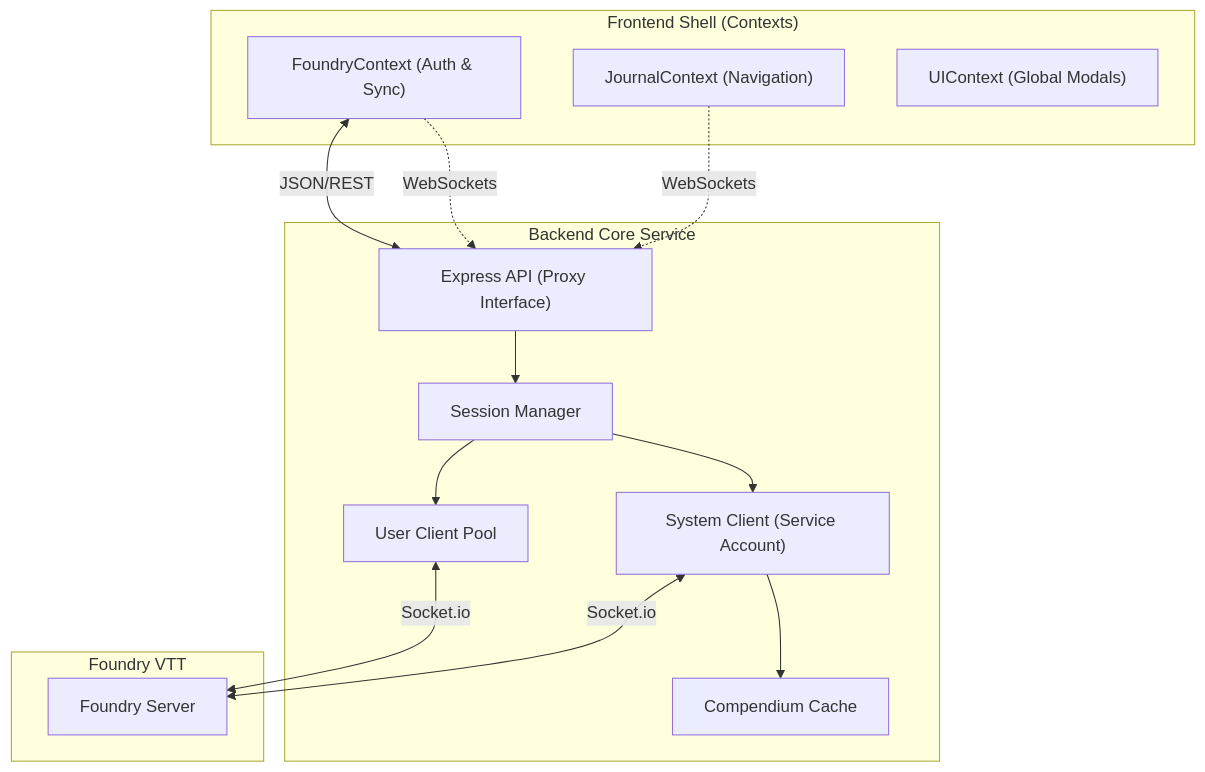
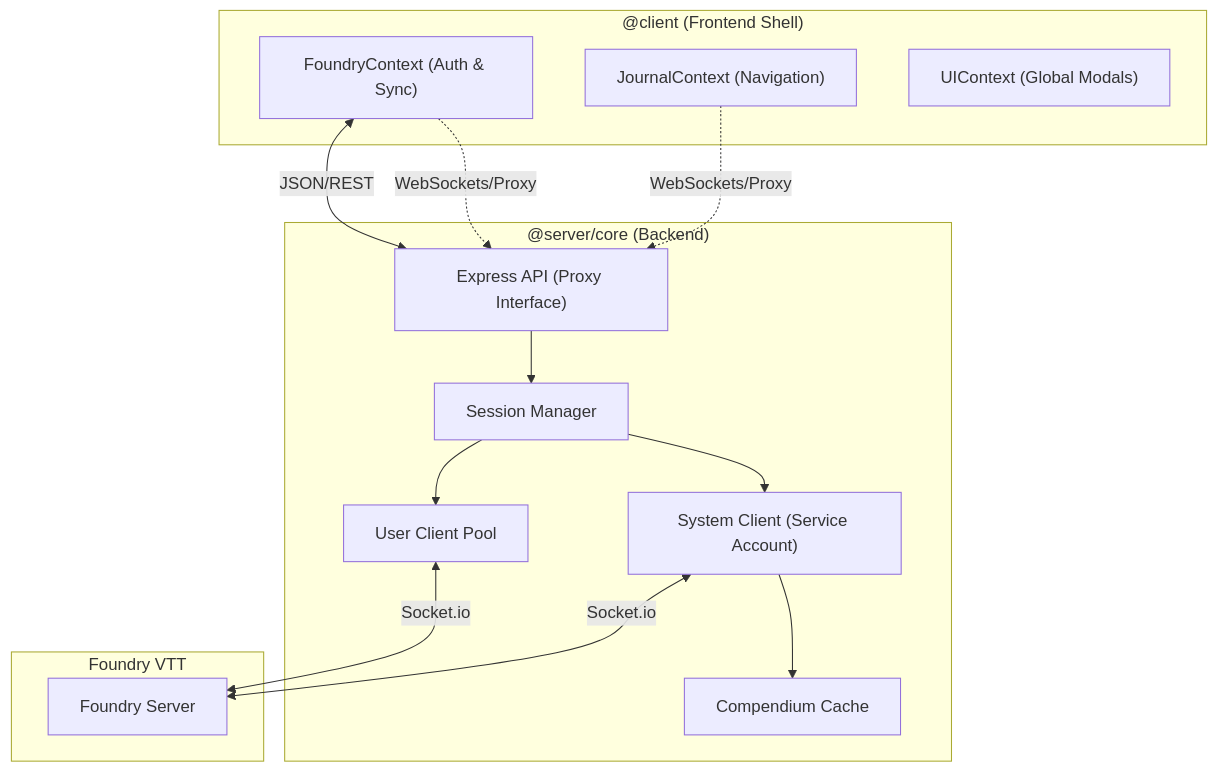
One commit to juvinious/sheet-delver changed the diagram in architecture.md. Above: the diagram before and after it, drawn with Mermaid. The commit also changed other lines of this file and 4247 other files, not shown here.

````diff
--- a/architecture.md
+++ b/architecture.md
@@ -17,31 +28,31 @@
 ```mermaid
 graph TD
-    subgraph "Backend Core Service"
+    subgraph "@server/core (Backend)"
         API["Express API (Proxy Interface)"]
         SM["Session Manager"]
         CACHE["Compendium Cache"]
         
         API --> SM
         SM --> SYS["System Client (Service Account)"]
         SM --> POOL["User Client Pool"]
         
         SYS --> CACHE
     end
 
-    subgraph "Frontend Shell (Contexts)"
+    subgraph "@client (Frontend Shell)"
         FC["FoundryContext (Auth & Sync)"]
         JC["JournalContext (Navigation)"]
         UC["UIContext (Global Modals)"]
         
-        FC -. WebSockets .-> API
-        JC -. WebSockets .-> API
+        FC -. WebSockets/Proxy .-> API
+        JC -. WebSockets/Proxy .-> API
     end
     
     subgraph "Foundry VTT"
         FVTT["Foundry Server"]
     end
 
     FC <-- JSON/REST --> API
     SYS <-- Socket.io --> FVTT
     POOL <-- Socket.io --> FVTT
 ```
````
